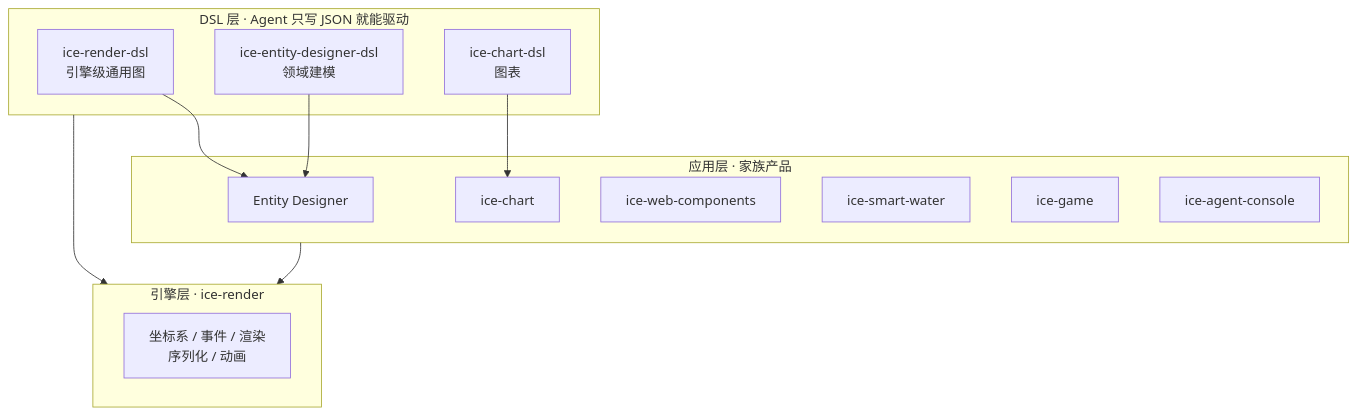
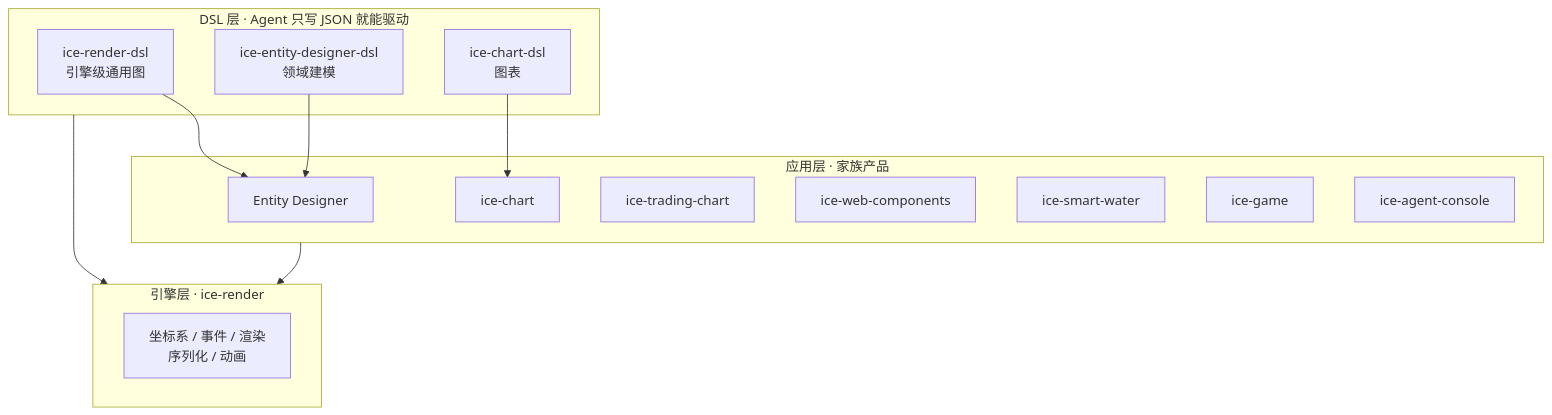
One commit to ice-render/ice-render-doc changed the diagram in docs/intro.md. Above: the diagram before and after it, drawn with Mermaid. The commit also changed other lines of this file and 8 other files, not shown here.

First line of the commit message:
feat(docs): 新增 ice-trading-chart 落地页（K 线 / 盘口 / 画线 / 实时行情 + 两个可跑示例）

````diff
--- a/docs/intro.md
+++ b/docs/intro.md
@@ -25,24 +25,25 @@
 ```mermaid
 graph TD
   subgraph DSL["DSL 层 · Agent 只写 JSON 就能驱动"]
     D1["ice-render-dsl<br/>引擎级通用图"]
     D2["ice-chart-dsl<br/>图表"]
     D3["ice-entity-designer-dsl<br/>领域建模"]
   end
   subgraph APP["应用层 · 家族产品"]
     A1["Entity Designer"]
     A2["ice-chart"]
+    A2b["ice-trading-chart"]
     A3["ice-web-components"]
     A4["ice-smart-water"]
     A5["ice-game"]
     A6["ice-agent-console"]
   end
   subgraph ENG["引擎层 · ice-render"]
     E1["坐标系 / 事件 / 渲染<br/>序列化 / 动画"]
   end
   DSL --> ENG
   APP --> ENG
   D1 --> A1
   D2 --> A2
   D3 --> A1
 ```
````
